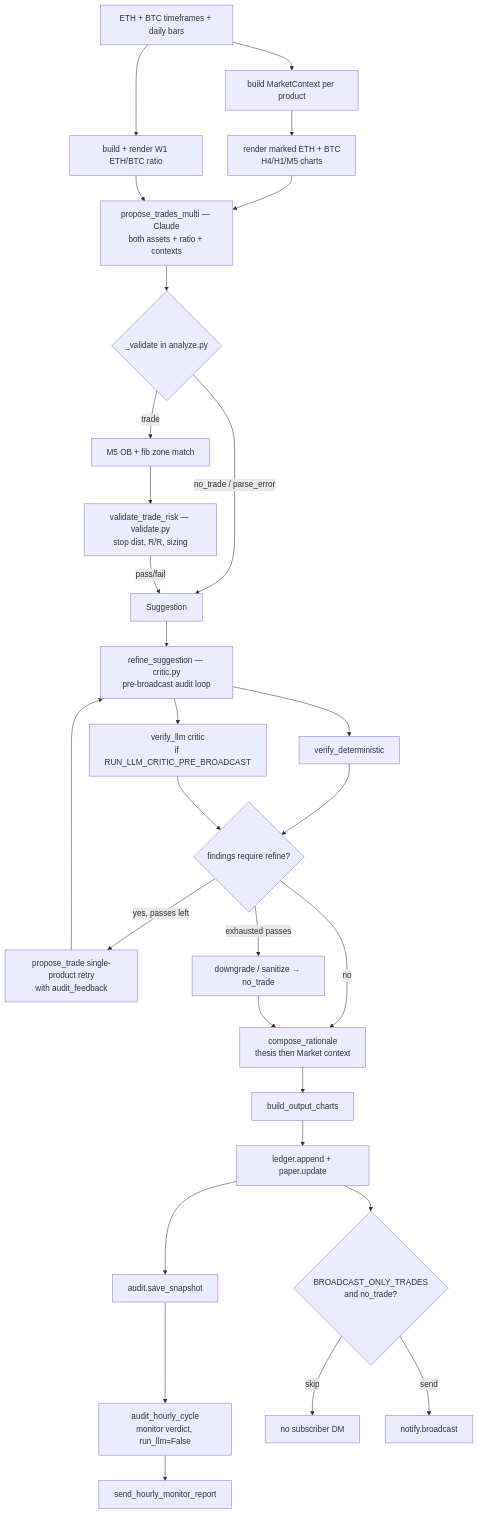
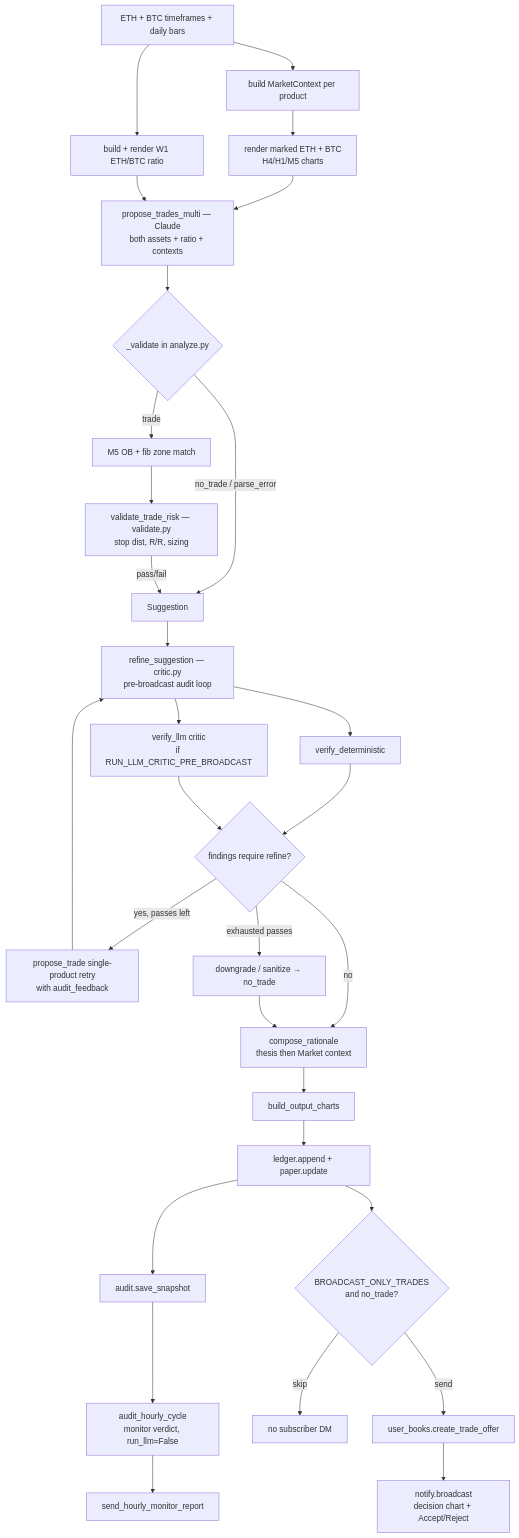
One commit to abagui11/eth-trading-bot changed the third of 6 diagrams in deploy/PROJECT_STATE.md. Above: the diagram before and after it, drawn with Mermaid. The commit also changed other lines of this file and 37 other files, not shown here.

````diff
--- a/deploy/PROJECT_STATE.md
+++ b/deploy/PROJECT_STATE.md
@@ -106,34 +111,35 @@
 ```mermaid
 flowchart TD
     D1[ETH + BTC timeframes + daily bars] --> CTX[build MarketContext per product]
     CTX --> CH1[render marked ETH + BTC<br/>H4/H1/M5 charts]
     D1 --> RS[build + render W1 ETH/BTC ratio]
     CH1 --> PT[propose_trades_multi — Claude<br/>both assets + ratio + contexts]
     RS --> PT
 
     PT --> V1{_validate in analyze.py}
     V1 -->|trade| V1a[M5 OB + fib zone match]
     V1a --> V1b[validate_trade_risk — validate.py<br/>stop dist, R/R, sizing]
     V1 -->|no_trade / parse_error| S0[Suggestion]
     V1b -->|pass/fail| S0
 
     S0 --> REF[refine_suggestion — critic.py<br/>pre-broadcast audit loop]
     REF --> FD[verify_deterministic]
     REF --> FL[verify_llm critic<br/>if RUN_LLM_CRITIC_PRE_BROADCAST]
     FD --> OK{findings require refine?}
     FL --> OK
     OK -->|yes, passes left| RETRY[propose_trade retry<br/>with audit_feedback]
     RETRY[propose_trade single-product retry<br/>with audit_feedback] --> REF
     OK -->|exhausted passes| DOWN[downgrade / sanitize → no_trade]
     OK -->|no| CR[compose_rationale<br/>thesis then Market context]
     DOWN --> CR
 
     CR --> OC[build_output_charts]
     OC --> LG[ledger.append + paper.update]
     LG --> SNAP[audit.save_snapshot]
     SNAP --> MON[audit_hourly_cycle<br/>monitor verdict, run_llm=False]
     MON --> MRPT[send_hourly_monitor_report]
     LG --> BC{BROADCAST_ONLY_TRADES<br/>and no_trade?}
     BC -->|skip| SKIP[no subscriber DM]
-    BC -->|send| BDM[notify.broadcast]
+    BC -->|send| OFFER[user_books.create_trade_offer]
+    OFFER --> BDM[notify.broadcast<br/>decision chart + Accept/Reject]
 ```
````
